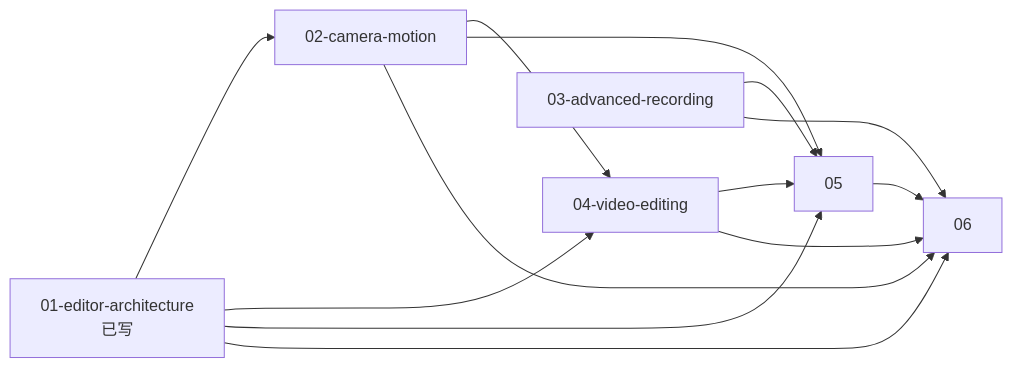
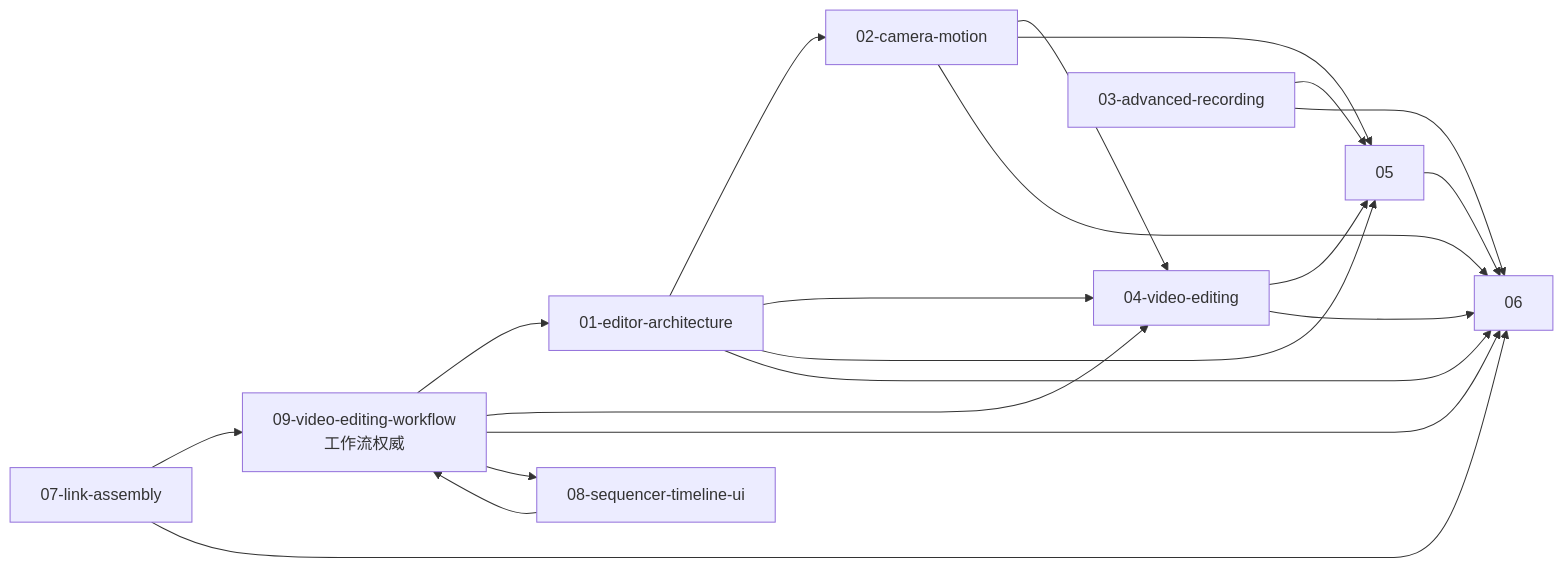
The diagram in docs/refactor/README.md (Unny984/Playback), drawn with Mermaid before and after one commit. The commit also changed other lines of this file and 7 other files, not shown here.

````diff
--- a/docs/refactor/README.md
+++ b/docs/refactor/README.md
@@ -18,15 +23,22 @@
 ```mermaid
 flowchart LR
-    01[01-editor-architecture<br/>已写] --> 02
+    09[09-video-editing-workflow<br/>工作流权威] --> 01
+    09 --> 04
+    09 --> 06
+    09 --> 08
+    01[01-editor-architecture] --> 02
     01 --> 04
     01 --> 05
     02[02-camera-motion] --> 04
     02 --> 05
     03[03-advanced-recording] --> 05
     04[04-video-editing] --> 05
     02 --> 06
     03 --> 06
     04 --> 06
     05 --> 06
     01 --> 06
+    08[08-sequencer-timeline-ui] --> 09
+    07[07-link-assembly] --> 09
+    07 --> 06
 ```
````
